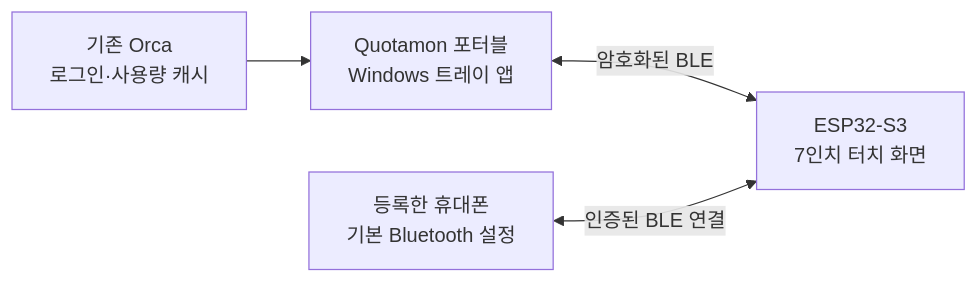
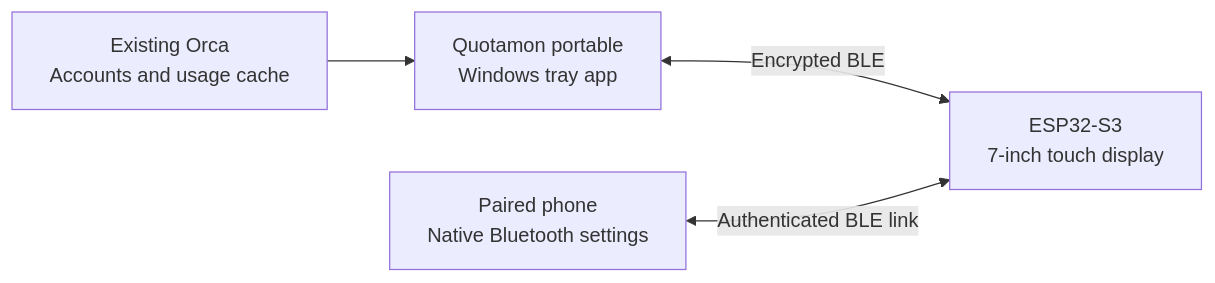
One commit to guyster323/ESP32_7inch_Quotamon changed the diagram in README.md. Above: the diagram before and after it, drawn with Mermaid. The commit also changed other lines of this file and 15 other files, not shown here.

````diff
--- a/README.md
+++ b/README.md
@@ -78,6 +118,6 @@
 ```mermaid
 flowchart LR
-    A[기존 Orca<br/>로그인·사용량 캐시] --> B[Quotamon 포터블<br/>Windows 트레이 앱]
-    B <-->|암호화된 BLE| C[ESP32-S3<br/>7인치 터치 화면]
-    D[등록한 휴대폰<br/>기본 Bluetooth 설정] <-->|인증된 BLE 연결| C
+    A[Existing Orca<br/>Accounts and usage cache] --> B[Quotamon portable<br/>Windows tray app]
+    B <-->|Encrypted BLE| C[ESP32-S3<br/>7-inch touch display]
+    D[Paired phone<br/>Native Bluetooth settings] <-->|Authenticated BLE link| C
 ```
````
